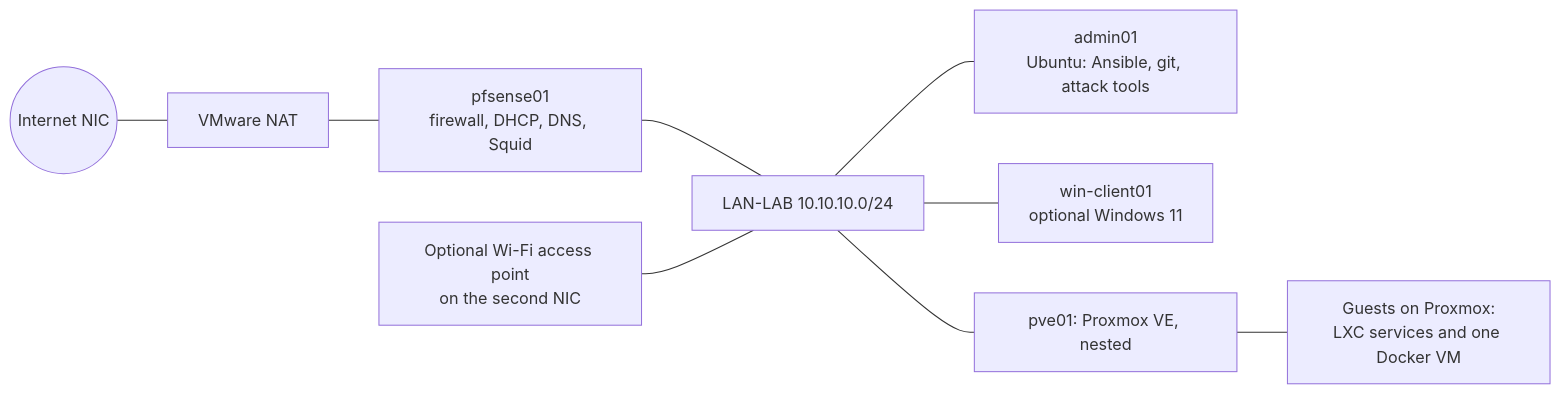
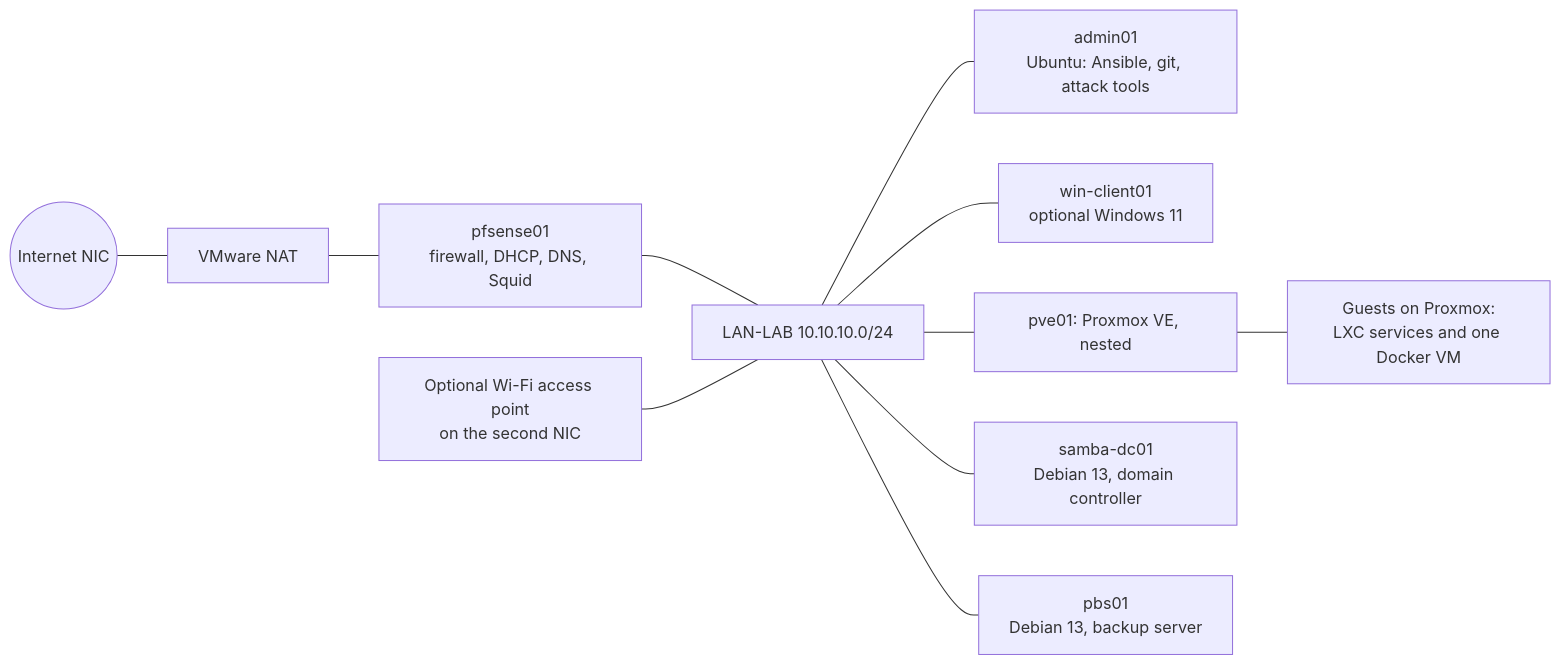
One commit to LibreOpsLab/server-security-lab changed the first of 2 diagrams in docs/design/lab-build-design.md. Above: the diagram before and after it, drawn with Mermaid. The commit also changed other lines of this file and 20 other files, not shown here.

First line of the commit message:
Build samba-dc01 and pbs01 as hand-built Debian 13 VMs outside Proxmox

````diff
--- a/docs/design/lab-build-design.md
+++ b/docs/design/lab-build-design.md
@@ -37,11 +37,13 @@
 ```mermaid
 flowchart LR
   I((Internet NIC)) --- N[VMware NAT]
   N --- P[pfsense01<br/>firewall, DHCP, DNS, Squid]
   P --- L[LAN-LAB 10.10.10.0/24]
   L --- A[admin01<br/>Ubuntu: Ansible, git, attack tools]
   L --- W[win-client01<br/>optional Windows 11]
   L --- X[pve01: Proxmox VE, nested]
+  L --- D[samba-dc01<br/>Debian 13, domain controller]
+  L --- B[pbs01<br/>Debian 13, backup server]
   X --- G[Guests on Proxmox:<br/>LXC services and one Docker VM]
   R[Optional Wi-Fi access point<br/>on the second NIC] --- L
 ```
````
